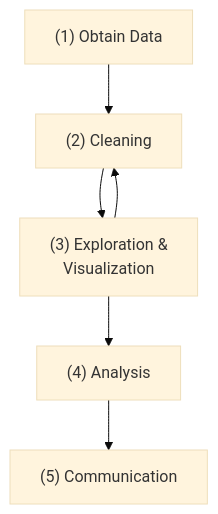
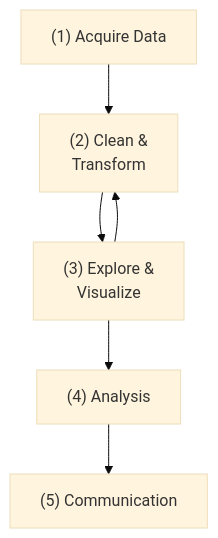
One commit to adamaltmejd/datascience-course changed the diagram in lectures/lecture_1/lecture_1.qmd. Above: the diagram before and after it, drawn with Mermaid (base theme). The commit also changed other lines of this file and 5 other files, not shown here.

````diff
--- a/lectures/lecture_1/lecture_1.qmd
+++ b/lectures/lecture_1/lecture_1.qmd
@@ -49,10 +49,11 @@
 ```{mermaid}
 %%| mermaid-format: png
 graph TB;
-    A["(1) Obtain Data"] --> B["(2) Cleaning"];
-    B --> C["(3) Exploration &
-             Visualization"];
+    A["(1) Acquire Data"] --> B["(2) Clean &
+             Transform"];
+    B --> C["(3) Explore &
+             Visualize"];
     C --> B;
     C --> D["(4) Analysis"];
-    D --> F["(5) Communication"];
+    D --> E["(5) Communication"];
 ```
````
